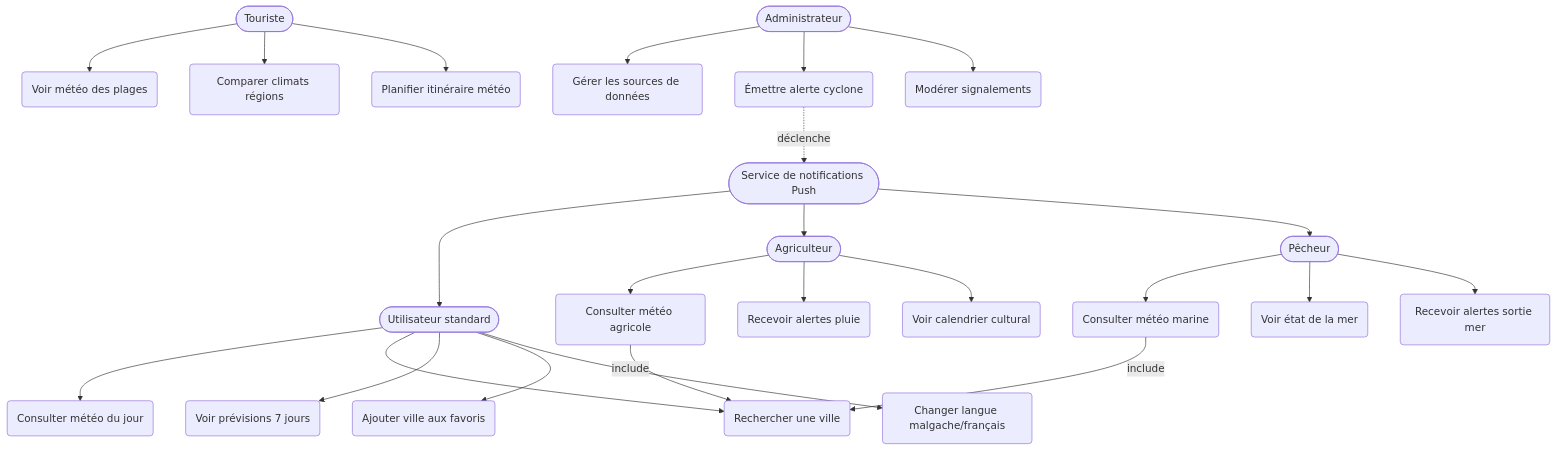
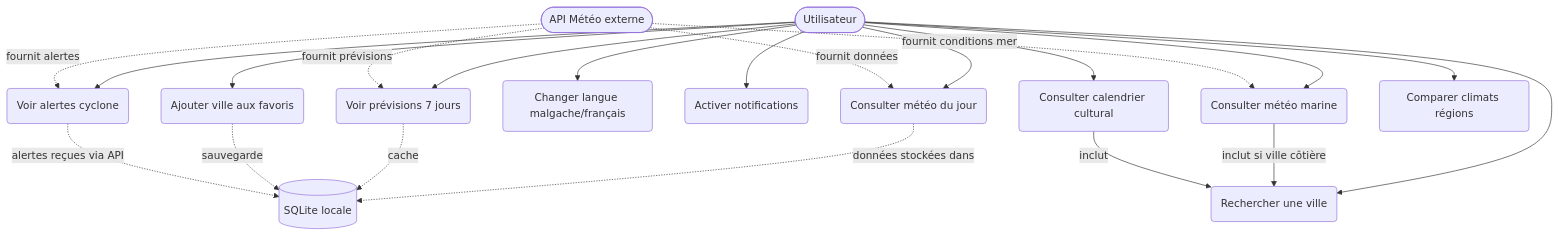
One commit to djenidisimple/meteoMada changed the first of 5 diagrams in README.md. Above: the diagram before and after it, drawn with Mermaid. The commit also changed other lines of this file, not shown here.

````diff
--- a/README.md
+++ b/README.md
@@ -36,31 +33,28 @@
 ```mermaid
 graph TD
-    U([Utilisateur standard]) --> UC1(Consulter météo du jour)
+    U([Utilisateur]) --> UC1(Consulter météo du jour)
     U --> UC2(Rechercher une ville)
     U --> UC3(Voir prévisions 7 jours)
     U --> UC4(Ajouter ville aux favoris)
     U --> UC5(Changer langue malgache/français)
+    U --> UC6(Activer notifications)
     
-    A([Agriculteur]) --> UC6(Consulter météo agricole)
-    A --> UC7(Recevoir alertes pluie)
-    A --> UC8(Voir calendrier cultural)
-    UC6 -->|include| UC2
+    U --> UC7(Consulter météo marine)
+    UC7 -->|inclut si ville côtière| UC2
     
-    P([Pêcheur]) --> UC9(Consulter météo marine)
-    P --> UC10(Voir état de la mer)
-    P --> UC11(Recevoir alertes sortie mer)
-    UC9 -->|include| UC2
+    U --> UC8(Consulter calendrier cultural)
+    UC8 -->|inclut| UC2
     
-    T([Touriste]) --> UC12(Voir météo des plages)
-    T --> UC13(Comparer climats régions)
-    T --> UC14(Planifier itinéraire météo)
+    U --> UC9(Voir alertes cyclone)
+    U --> UC10(Comparer climats régions)
     
-    Admin([Administrateur]) --> UC15(Gérer les sources de données)
-    Admin --> UC16(Émettre alerte cyclone)
-    Admin --> UC17(Modérer signalements)
+    UC1 -.->|données stockées dans| DB[(SQLite locale)]
+    UC3 -.->|cache| DB
+    UC4 -.->|sauvegarde| DB
+    UC9 -.->|alertes reçues via API| DB
     
-    UC16 -.->|déclenche| N([Service de notifications Push])
-    N --> U
-    N --> A
-    N --> P
+    API([API Météo externe]) -.->|fournit données| UC1
+    API -.->|fournit prévisions| UC3
+    API -.->|fournit alertes| UC9
+    API -.->|fournit conditions mer| UC7
 ```
````
